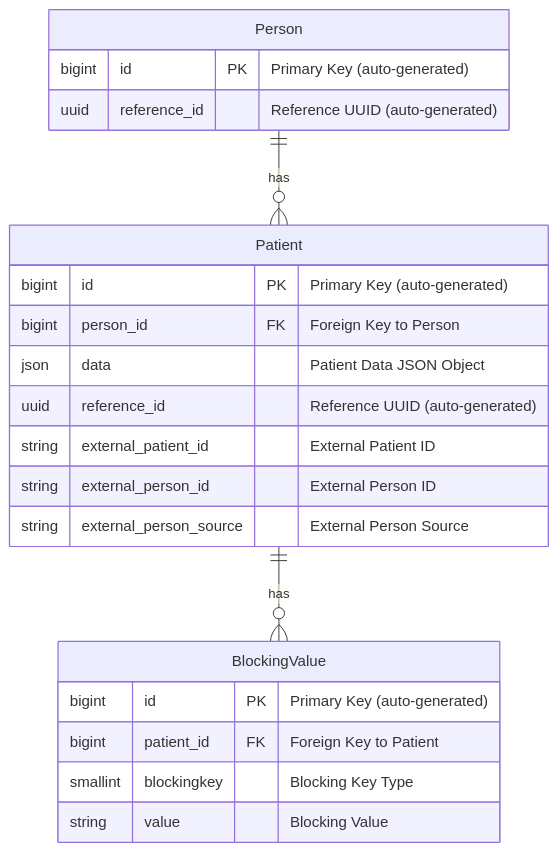
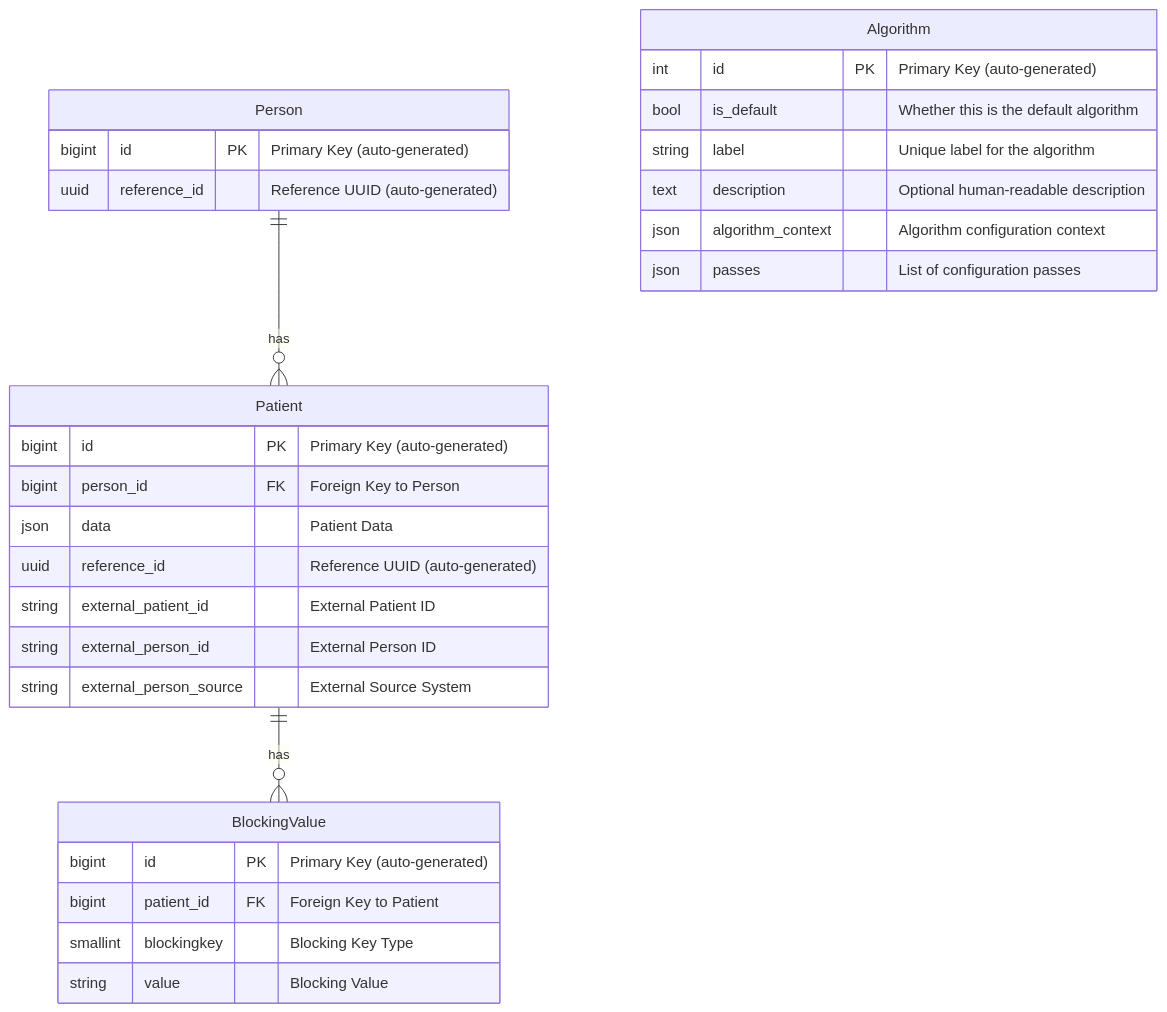
One commit to CDCgov/RecordLinker changed the diagram in docs/site/schema-design.md. Above: the diagram before and after it, drawn with Mermaid. The commit also changed other lines of this file and 5 other files, not shown here.

````diff
--- a/docs/site/schema-design.md
+++ b/docs/site/schema-design.md
@@ -25,29 +33,39 @@
 ```mermaid
 erDiagram
     accTitle: Master Patient Index (MPI) Entity Relationship Diagram
-    accDescr: This diagram illustrates the relationships between the Person, Patient, and BlockingValue models.
+    accDescr: This diagram illustrates the relationships between the tables in the database.
+
     Person {
         bigint id PK "Primary Key (auto-generated)"
         uuid reference_id "Reference UUID (auto-generated)"
     }
 
     Patient {
         bigint id PK "Primary Key (auto-generated)"
         bigint person_id FK "Foreign Key to Person"
-        json data "Patient Data JSON Object"
+        json data "Patient Data"
         uuid reference_id "Reference UUID (auto-generated)"
         string external_patient_id "External Patient ID"
         string external_person_id "External Person ID"
-        string external_person_source "External Person Source"
+        string external_person_source "External Source System"
     }
 
     BlockingValue {
         bigint id PK "Primary Key (auto-generated)"
         bigint patient_id FK "Foreign Key to Patient"
         smallint blockingkey "Blocking Key Type"
         string value "Blocking Value"
     }
 
+    Algorithm {
+        int id PK "Primary Key (auto-generated)"
+        bool is_default "Whether this is the default algorithm"
+        string label "Unique label for the algorithm"
+        text description "Optional human-readable description"
+        json algorithm_context "Algorithm configuration context"
+        json passes "List of configuration passes"
+    }
+
     Person ||--o{ Patient : "has"
     Patient ||--o{ BlockingValue : "has"
 ```
````
